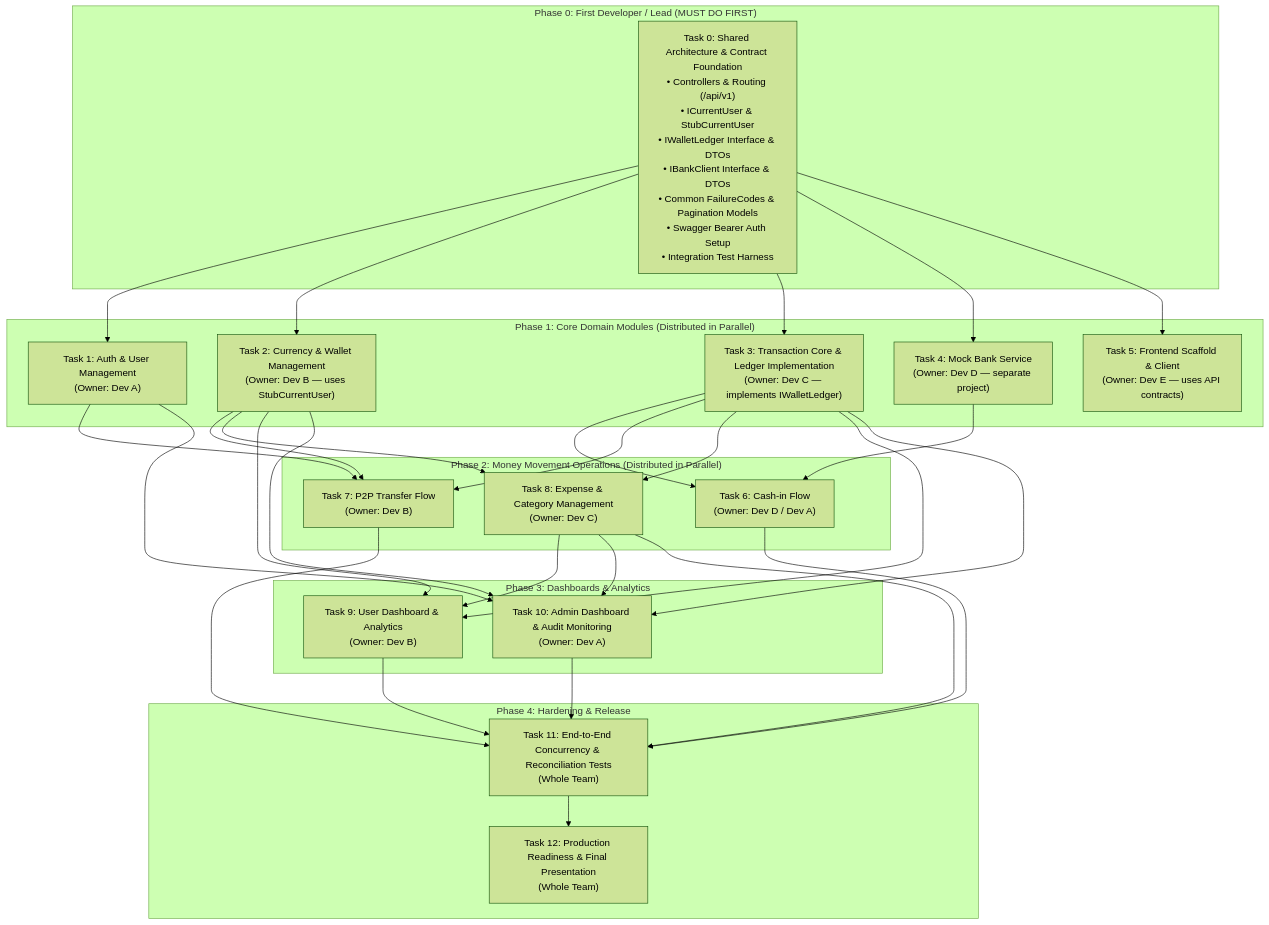
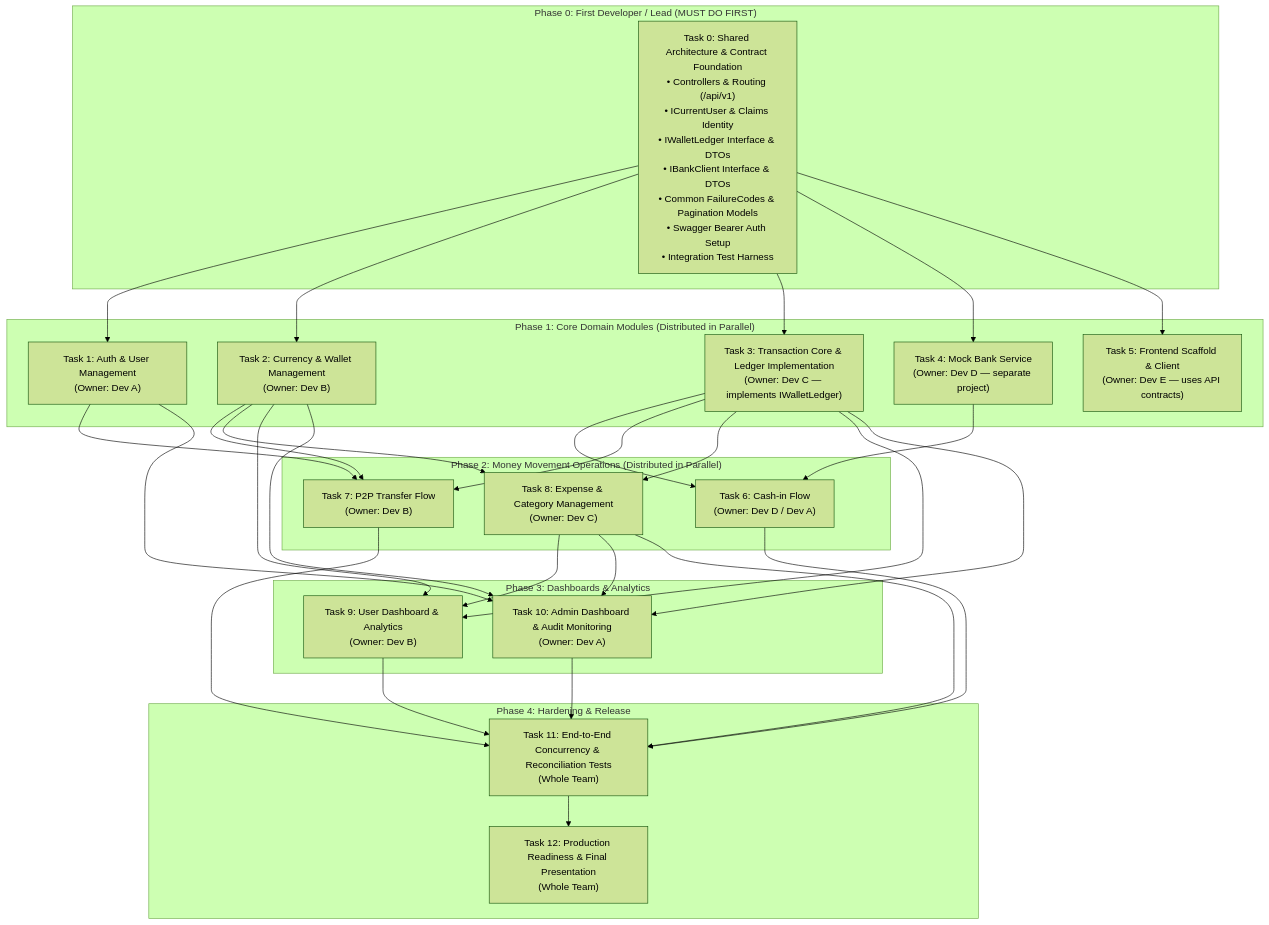
One commit to dev-shajid/digital-wallet changed the diagram in TASKS.md. Above: the diagram before and after it, drawn with Mermaid (forest theme). The commit also changed other lines of this file and 42 other files, not shown here.

````diff
--- a/TASKS.md
+++ b/TASKS.md
@@ -28,45 +28,45 @@
 ```mermaid
 flowchart TD
     subgraph Phase0["Phase 0: First Developer / Lead (MUST DO FIRST)"]
-        P0["Task 0: Shared Architecture & Contract Foundation<br/>• Controllers & Routing (/api/v1)<br/>• ICurrentUser & StubCurrentUser<br/>• IWalletLedger Interface & DTOs<br/>• IBankClient Interface & DTOs<br/>• Common FailureCodes & Pagination Models<br/>• Swagger Bearer Auth Setup<br/>• Integration Test Harness"]
+        P0["Task 0: Shared Architecture & Contract Foundation<br/>• Controllers & Routing (/api/v1)<br/>• ICurrentUser & Claims Identity<br/>• IWalletLedger Interface & DTOs<br/>• IBankClient Interface & DTOs<br/>• Common FailureCodes & Pagination Models<br/>• Swagger Bearer Auth Setup<br/>• Integration Test Harness"]
     end
 
     subgraph Phase1["Phase 1: Core Domain Modules (Distributed in Parallel)"]
         T1["Task 1: Auth & User Management<br/>(Owner: Dev A)"]
-        T2["Task 2: Currency & Wallet Management<br/>(Owner: Dev B — uses StubCurrentUser)"]
+        T2["Task 2: Currency & Wallet Management<br/>(Owner: Dev B)"]
         T3["Task 3: Transaction Core & Ledger Implementation<br/>(Owner: Dev C — implements IWalletLedger)"]
         T4["Task 4: Mock Bank Service<br/>(Owner: Dev D — separate project)"]
         T5["Task 5: Frontend Scaffold & Client<br/>(Owner: Dev E — uses API contracts)"]
     end
 
     subgraph Phase2["Phase 2: Money Movement Operations (Distributed in Parallel)"]
         T6["Task 6: Cash-in Flow<br/>(Owner: Dev D / Dev A)"]
         T7["Task 7: P2P Transfer Flow<br/>(Owner: Dev B)"]
         T8["Task 8: Expense & Category Management<br/>(Owner: Dev C)"]
     end
 
     subgraph Phase3["Phase 3: Dashboards & Analytics"]
         T9["Task 9: User Dashboard & Analytics<br/>(Owner: Dev B)"]
         T10["Task 10: Admin Dashboard & Audit Monitoring<br/>(Owner: Dev A)"]
     end
 
     subgraph Phase4["Phase 4: Hardening & Release"]
         T11["Task 11: End-to-End Concurrency & Reconciliation Tests<br/>(Whole Team)"]
         T12["Task 12: Production Readiness & Final Presentation<br/>(Whole Team)"]
     end
 
     P0 --> T1
     P0 --> T2
     P0 --> T3
     P0 --> T4
     P0 --> T5
 
     T3 & T4 --> T6
     T1 & T2 & T3 --> T7
     T2 & T3 --> T8
 
     T2 & T3 & T8 --> T9
     T1 & T2 & T3 & T8 --> T10
 
     T6 & T7 & T8 & T9 & T10 --> T11 --> T12
 ```
````
